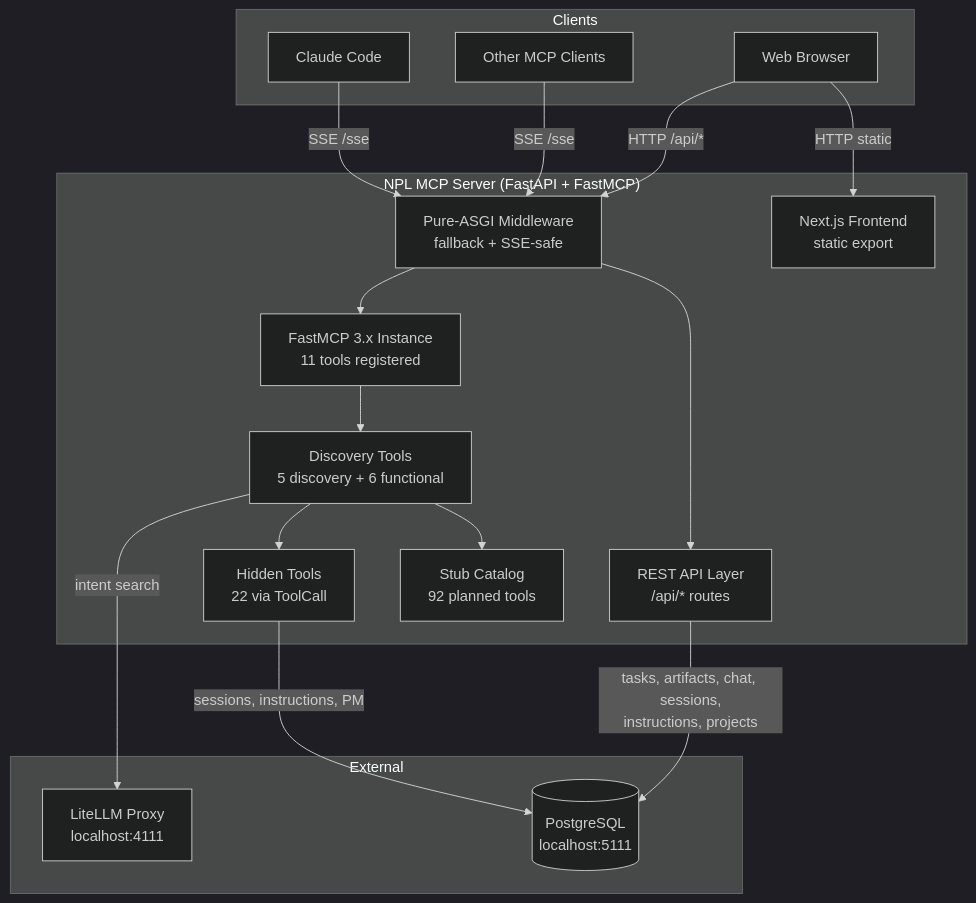
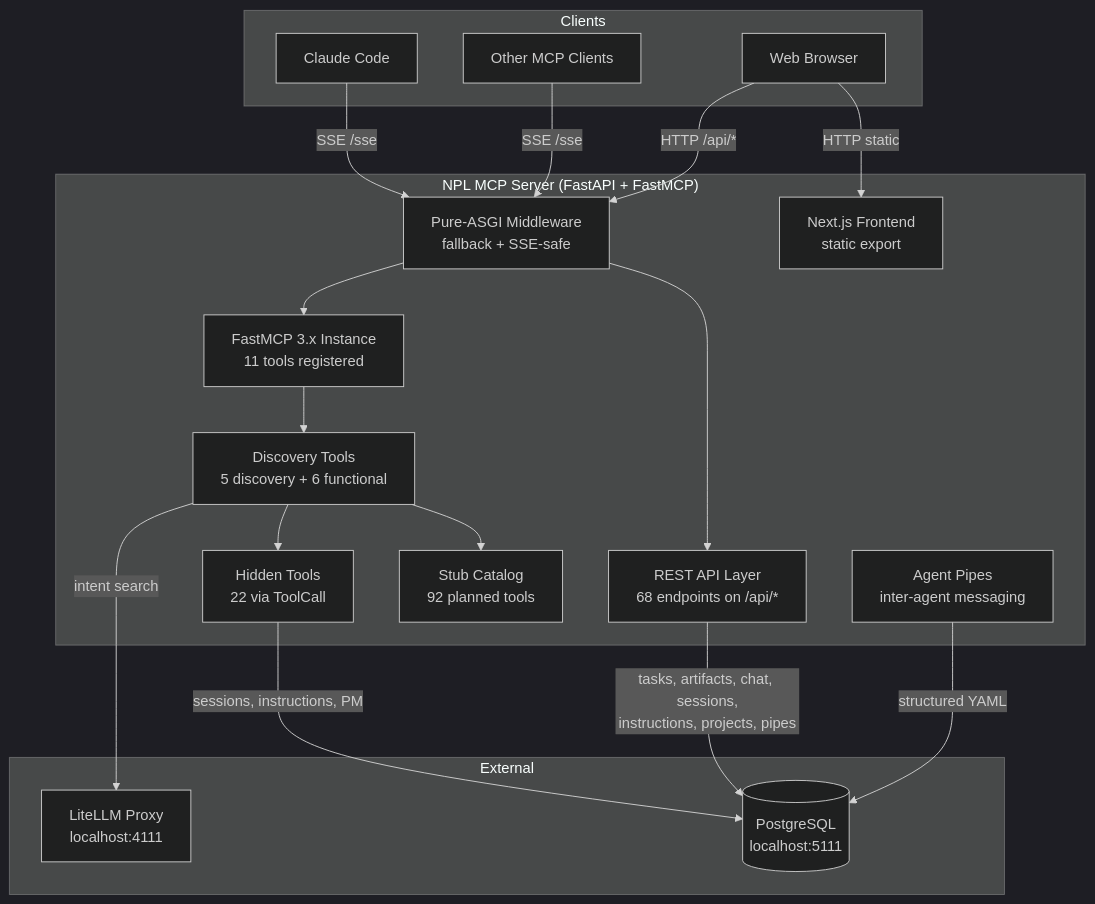
The diagram in docs/PROJ-ARCH.md (noizu-labs-ml/NoizuPromptLingo), drawn with Mermaid (dark theme) before and after one commit. The commit also changed other lines of this file and 648 other files, not shown here.

````diff
--- a/docs/PROJ-ARCH.md
+++ b/docs/PROJ-ARCH.md
@@ -11,36 +11,38 @@
 ```mermaid
 graph TB
     subgraph Clients
         CC[Claude Code]
         Other[Other MCP Clients]
         Browser[Web Browser]
     end
 
     subgraph "NPL MCP Server (FastAPI + FastMCP)"
         MW[Pure-ASGI Middleware<br/>fallback + SSE-safe]
         MCP[FastMCP 3.x Instance<br/>11 tools registered]
-        REST[REST API Layer<br/>/api/* routes]
+        REST[REST API Layer<br/>68 endpoints on /api/*]
         Meta[Discovery Tools<br/>5 discovery + 6 functional]
         Hidden[Hidden Tools<br/>22 via ToolCall]
         Stubs[Stub Catalog<br/>92 planned tools]
+        Pipes[Agent Pipes<br/>inter-agent messaging]
         FE[Next.js Frontend<br/>static export]
     end
 
     subgraph External
         LLM[LiteLLM Proxy<br/>localhost:4111]
         DB[(PostgreSQL<br/>localhost:5111)]
     end
 
     CC -->|SSE /sse| MW
     Other -->|SSE /sse| MW
     Browser -->|HTTP /api/*| MW
     Browser -->|HTTP static| FE
     MW --> MCP
     MW --> REST
     MCP --> Meta
     Meta --> Hidden
     Meta --> Stubs
     Meta -->|intent search| LLM
     Hidden -->|sessions, instructions, PM| DB
-    REST -->|tasks, artifacts, chat, sessions,<br/>instructions, projects| DB
+    REST -->|tasks, artifacts, chat, sessions,<br/>instructions, projects, pipes| DB
+    Pipes -->|structured YAML| DB
 ```
````
